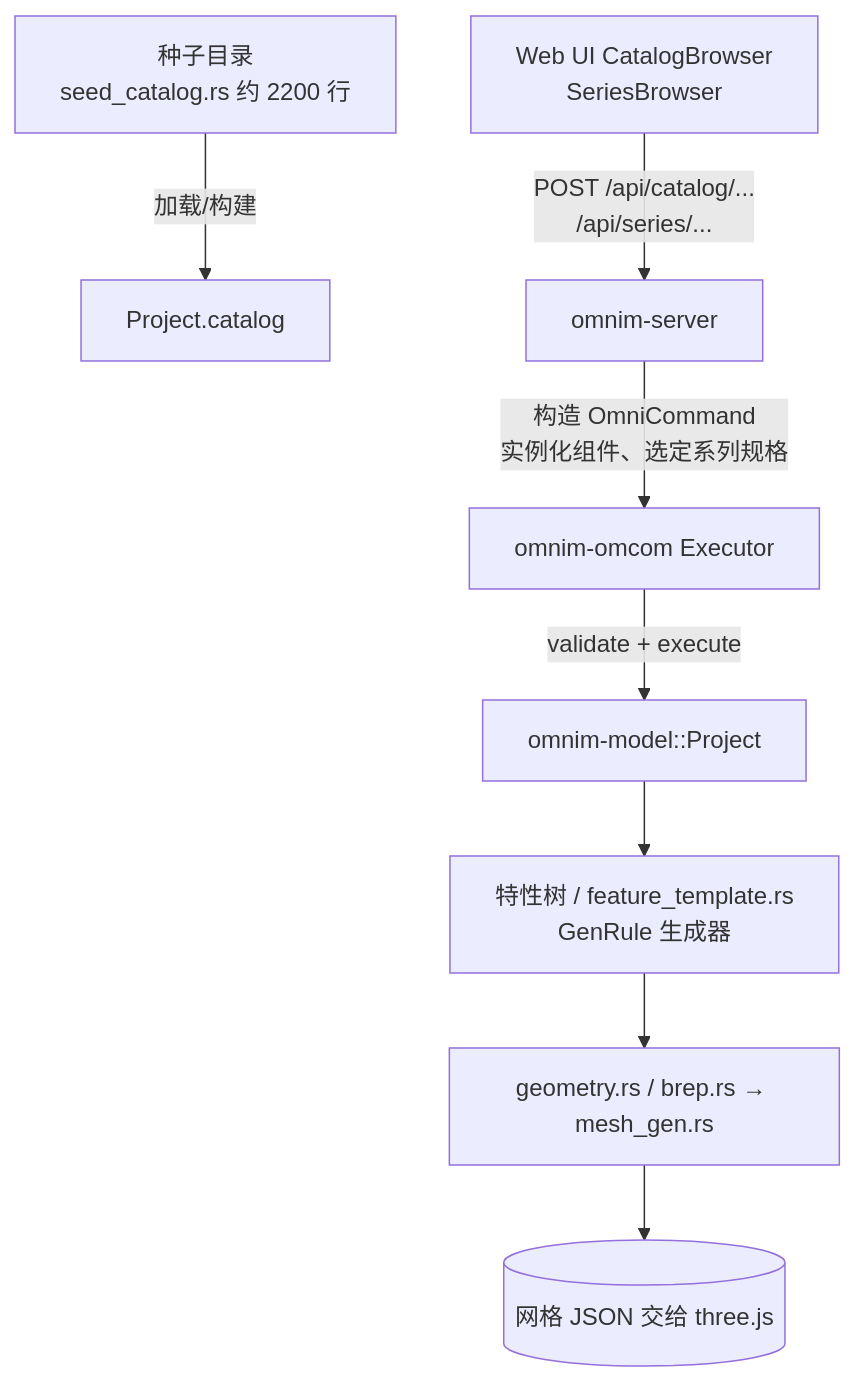
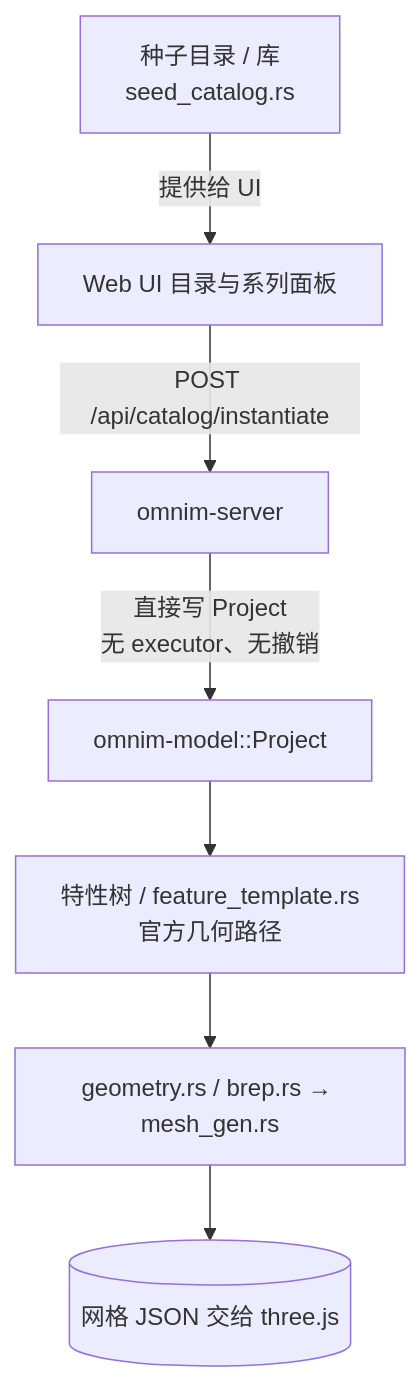
Before and after one commit to ronekyng/OmniM: the fourth of 5 diagrams in docs/architecture/DATA_FLOW.zh-CN.md, drawn with Mermaid. The commit also changed other lines of this file and 74 other files, not shown here.

````diff
--- a/docs/architecture/DATA_FLOW.zh-CN.md
+++ b/docs/architecture/DATA_FLOW.zh-CN.md
@@ -174,10 +188,9 @@
 ```mermaid
 flowchart TD
-    A[种子目录<br/>seed_catalog.rs 约 2200 行] -->|加载/构建| B[Project.catalog]
-    U[Web UI CatalogBrowser<br/>SeriesBrowser] -->|POST /api/catalog/...<br/>/api/series/...| S[omnim-server]
-    S -->|构造 OmniCommand<br/>实例化组件、选定系列规格| O[omnim-omcom Executor]
-    O -->|validate + execute| M[omnim-model::Project]
-    M --> F[特性树 / feature_template.rs<br/>GenRule 生成器]
+    A[种子目录 / 库<br/>seed_catalog.rs] -->|提供给 UI| U[Web UI 目录与系列面板]
+    U -->|POST /api/catalog/instantiate| S[omnim-server]
+    S -->|直接写 Project<br/>无 executor、无撤销| M[omnim-model::Project]
+    M --> F[特性树 / feature_template.rs<br/>官方几何路径]
     F --> G[geometry.rs / brep.rs → mesh_gen.rs]
     G --> J[(网格 JSON 交给 three.js)]
 ```
````
